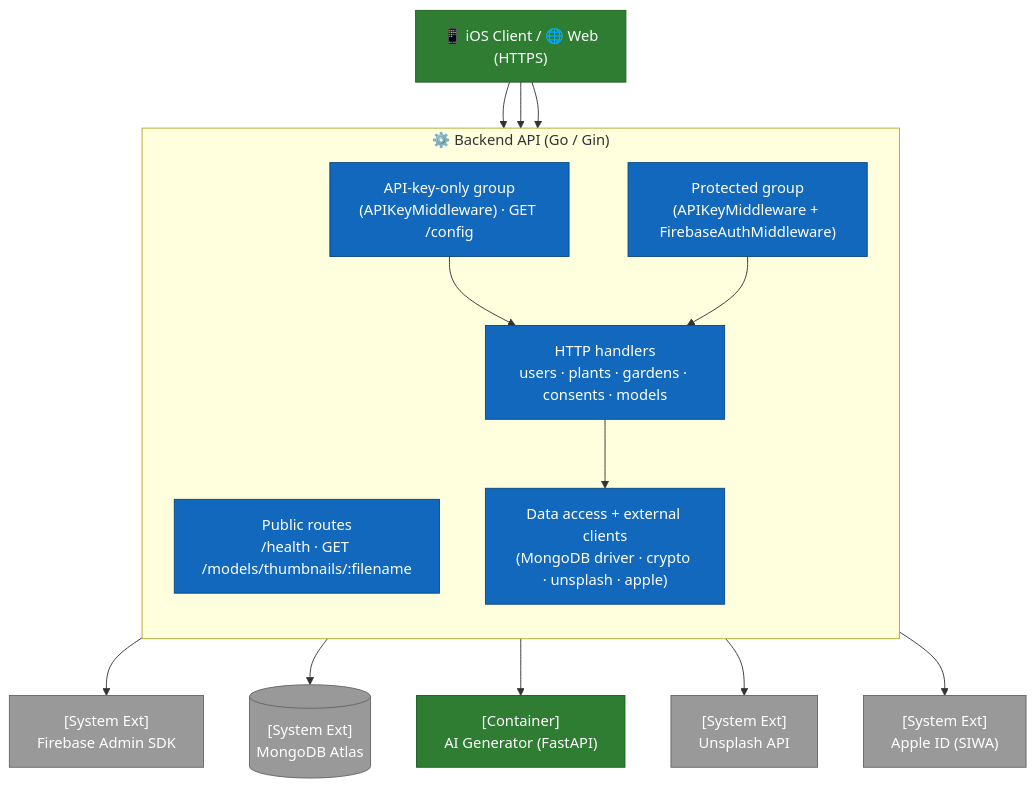
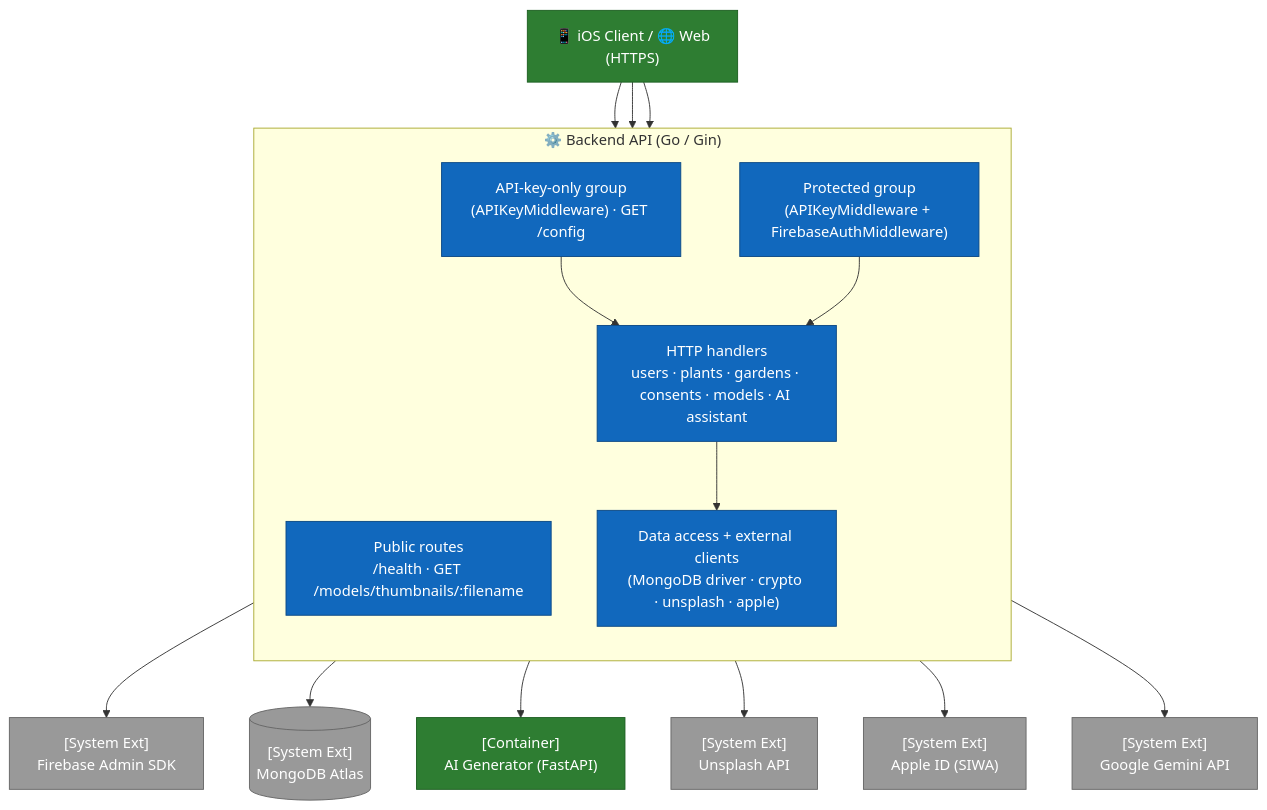
The diagram in docs/en/architecture/03-components-backend.md (ArboreTeam/Arbore), drawn with Mermaid before and after one commit. The commit also changed other lines of this file and 3 other files, not shown here.

````diff
--- a/docs/en/architecture/03-components-backend.md
+++ b/docs/en/architecture/03-components-backend.md
@@ -9,39 +9,41 @@
 ```mermaid
 flowchart TB
     client["📱 iOS Client / 🌐 Web<br/>(HTTPS)"]
 
     subgraph backend["⚙️ Backend API (Go / Gin)"]
         direction TB
         public["Public routes<br/>/health · GET /models/thumbnails/:filename"]
         apikey["API-key-only group<br/>(APIKeyMiddleware) · GET /config"]
         protected["Protected group<br/>(APIKeyMiddleware + FirebaseAuthMiddleware)"]
-        handlers["HTTP handlers<br/>users · plants · gardens · consents · models"]
+        handlers["HTTP handlers<br/>users · plants · gardens · consents · models · AI assistant"]
         access["Data access + external clients<br/>(MongoDB driver · crypto · unsplash · apple)"]
 
         apikey --> handlers
         protected --> handlers
         handlers --> access
     end
 
     mongo[("[System Ext]<br/>MongoDB Atlas")]
     firebase_admin["[System Ext]<br/>Firebase Admin SDK"]
     ai_gen["[Container]<br/>AI Generator (FastAPI)"]
     unsplash["[System Ext]<br/>Unsplash API"]
     apple["[System Ext]<br/>Apple ID (SIWA)"]
+    gemini["[System Ext]<br/>Google Gemini API"]
 
     client --> public
     client --> apikey
     client --> protected
     protected --> firebase_admin
     access --> mongo
     access --> ai_gen
     access --> unsplash
     access --> apple
+    handlers --> gemini
 
     classDef ext   fill:#999,stroke:#666,color:#fff
     classDef layer fill:#1168BD,stroke:#0B4884,color:#fff
     classDef cont  fill:#2E7D32,stroke:#1B5E20,color:#fff
     class public,apikey,protected,handlers,access layer
     class client,ai_gen cont
-    class mongo,firebase_admin,unsplash,apple ext
+    class mongo,firebase_admin,unsplash,apple,gemini ext
 ```
````
